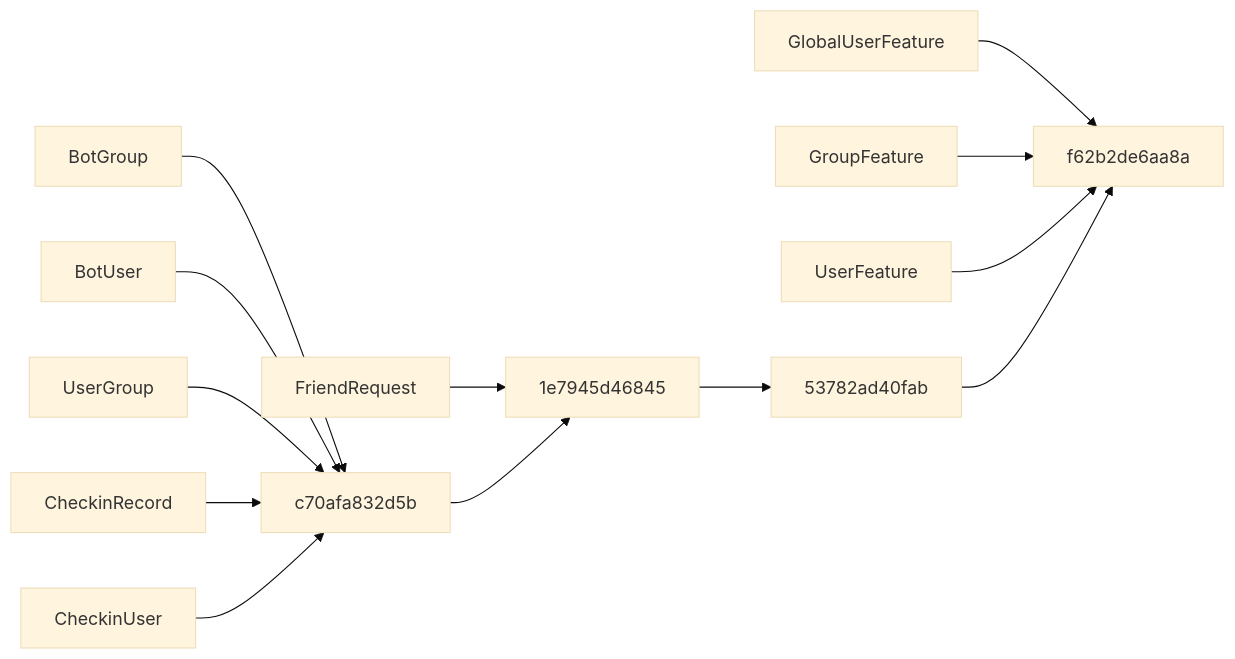
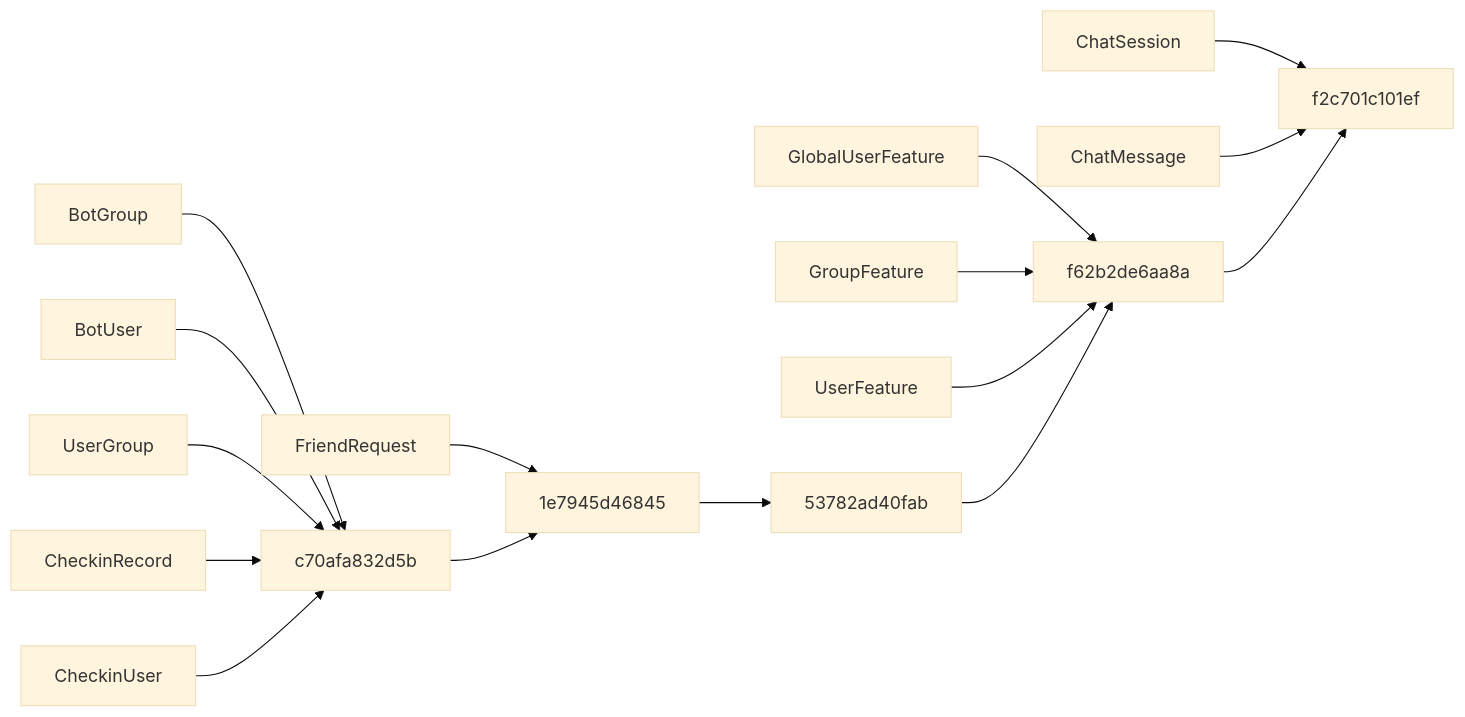
The seventh of 7 diagrams in .qoder/repowiki/zh/content/数据库迁移.md (Wohaokunr/yawn_bot), drawn with Mermaid (base theme) before and after one commit. The commit also changed other lines of this file and 28 other files, not shown here.

````diff
--- a/.qoder/repowiki/zh/content/数据库迁移.md
+++ b/.qoder/repowiki/zh/content/数据库迁移.md
@@ -490,15 +621,18 @@
 ```mermaid
 graph LR
 Model_BG["BotGroup"] --> Migration_C["c70afa832d5b"]
 Model_BU["BotUser"] --> Migration_C
 Model_UG["UserGroup"] --> Migration_C
 Model_CR["CheckinRecord"] --> Migration_C
 Model_CU["CheckinUser"] --> Migration_C
 Model_FR["FriendRequest"] --> Migration_D["1e7945d46845"]
 Model_GUF["GlobalUserFeature"] --> Migration_F["f62b2de6aa8a"]
 Model_GF["GroupFeature"] --> Migration_F
 Model_UF["UserFeature"] --> Migration_F
+Model_CS["ChatSession"] --> Migration_H["f2c701c101ef"]
+Model_CM["ChatMessage"] --> Migration_H
 Migration_C --> Migration_D
 Migration_D --> Migration_E["53782ad40fab"]
 Migration_E --> Migration_F
+Migration_F --> Migration_H
 ```
````
